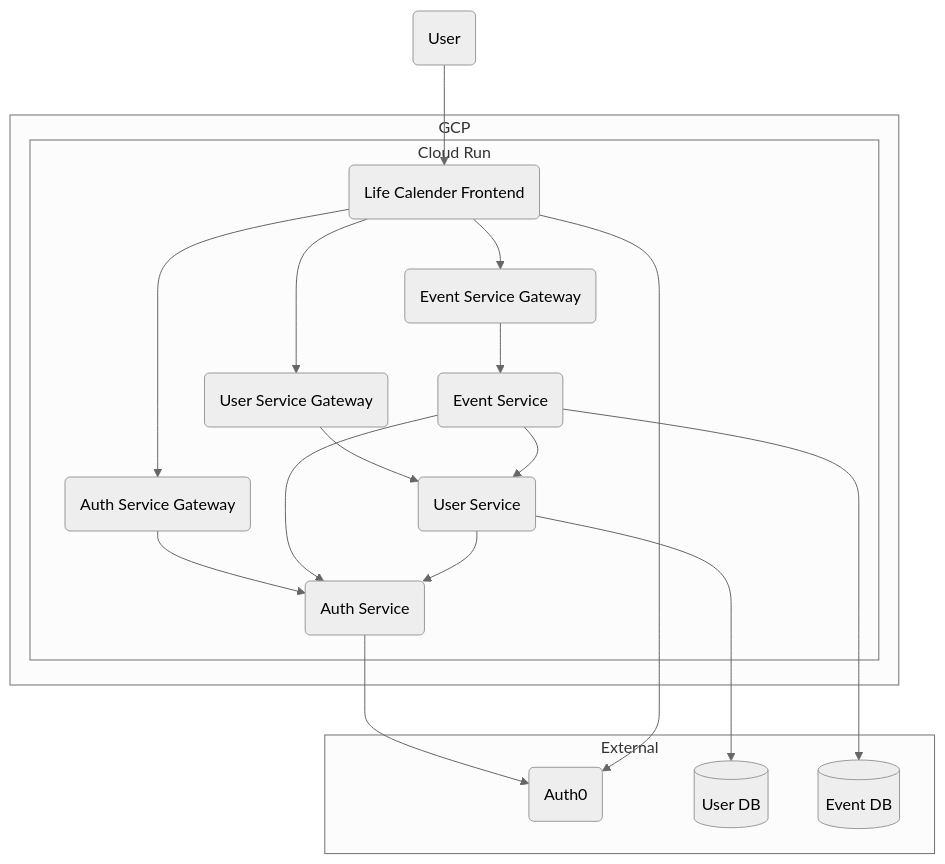
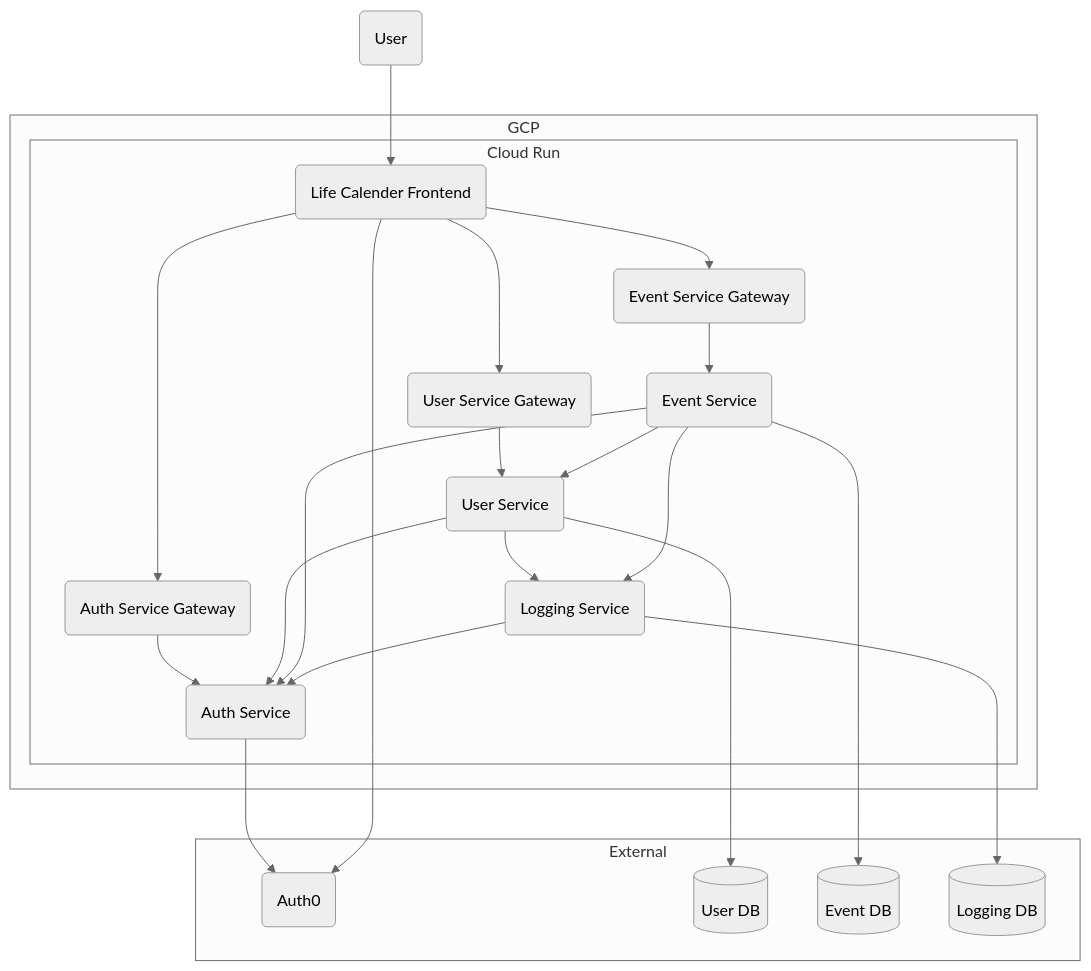
Before and after one commit to qkitzero/life-calendar: the diagram in README.md, drawn with Mermaid (neutral theme). The commit also changed other lines of this file and 2 other files, not shown here.

Commit message:
add: logging service (#6)

````diff
--- a/README.md
+++ b/README.md
@@ -8,34 +9,44 @@
 ```mermaid
 flowchart TD
     user(User)
 
     subgraph gcp[GCP]
         subgraph cloud_run[Cloud Run]
             life_calendar_frontend(Life Calender Frontend)
             auth_service(Auth Service)
+            auth_service_gateway(Auth Service Gateway)
             user_service(User Service)
+            user_service_gateway(User Service Gateway)
             event_service(Event Service)
-            auth_service_gateway(Auth Service Gateway)
-            user_service_gateway(User Service Gateway)
             event_service_gateway(Event Service Gateway)
+            logging_service(Logging Service)
         end
     end
 
     subgraph external[External]
         auth0(Auth0)
         user_db[(User DB)]
         event_db[(Event DB)]
+        logging_db[(Logging DB)]
     end
 
     user --> life_calendar_frontend
-    life_calendar_frontend --> auth_service_gateway --> auth_service
+
+    life_calendar_frontend --> auth_service_gateway --> auth_service --> auth0
     life_calendar_frontend --> user_service_gateway --> user_service
     life_calendar_frontend --> event_service_gateway --> event_service
+    life_calendar_frontend --> auth0
+
+    user_service --> auth_service
     event_service --> auth_service
-    user_service --> auth_service
+    logging_service --> auth_service
+
     event_service --> user_service
+
+    user_service --> logging_service
+    event_service --> logging_service
+
     user_service --> user_db
     event_service --> event_db
-    auth_service --> auth0
-    life_calendar_frontend --> auth0
+    logging_service --> logging_db
 ```
````
